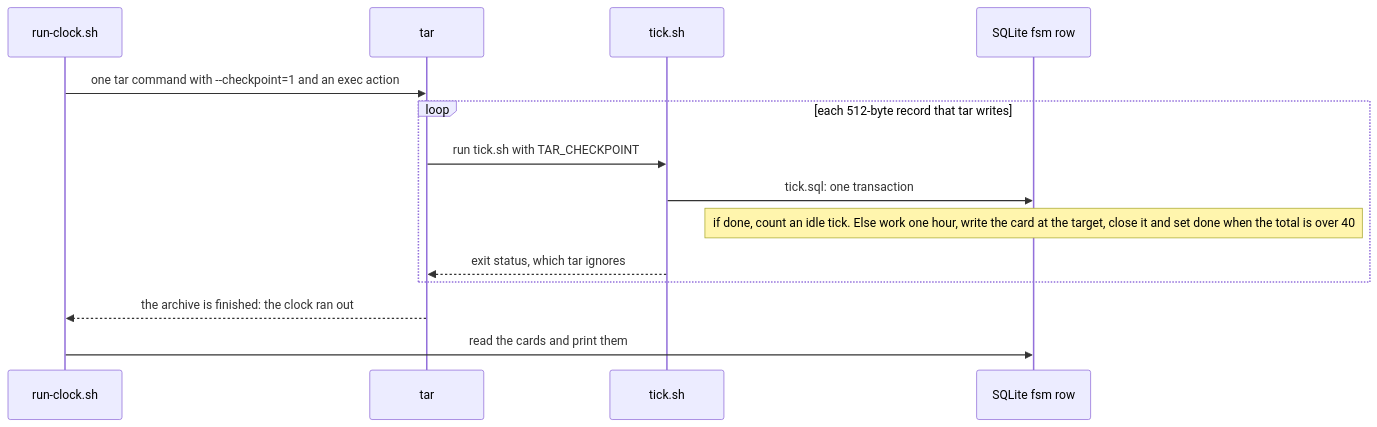
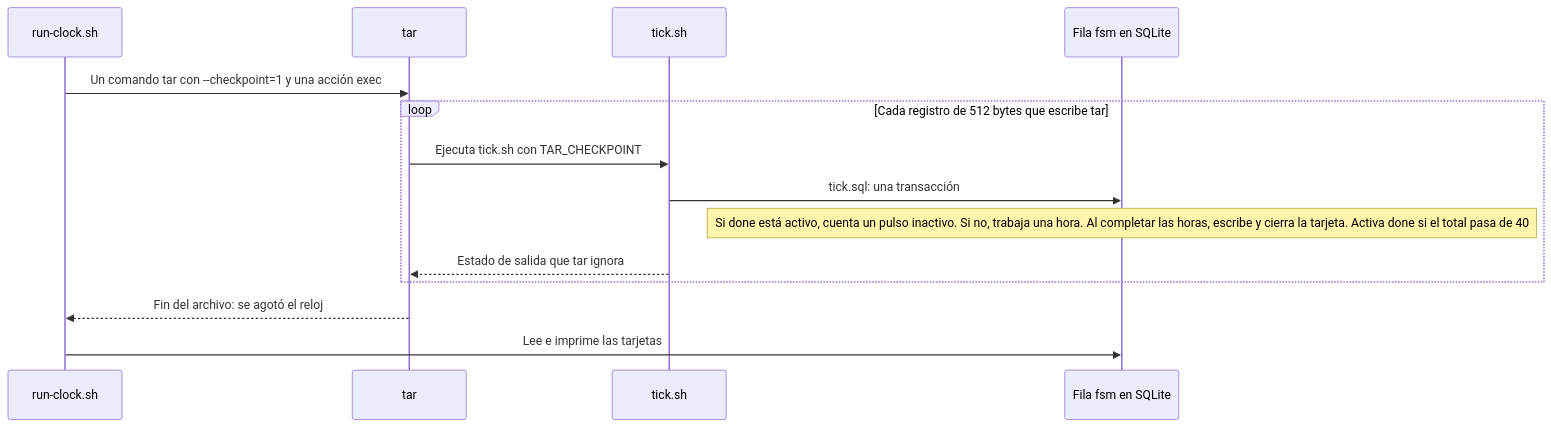
Before and after one commit to dullroar/aprende-a-programar-como-un-bicho-raro: the diagram in src/tar-gnu-weird/README.md, drawn with Mermaid. The commit also changed other lines of this file and 16 other files, not shown here.

Commit message:
loop(P4-src-14): translate both GNU tar READMEs

````diff
--- a/src/tar-gnu-weird/README.md
+++ b/src/tar-gnu-weird/README.md
@@ -64,18 +64,18 @@
 ```mermaid
 sequenceDiagram
-    accTitle: tar-gnu-weird: tar's checkpoints are the clock of a state machine
-    accDescr: A sequence diagram. The launcher runs one tar command that writes an archive with a checkpoint every 512-byte record. For each record that tar writes, tar runs tick.sh with the record count. The script runs one SQL transaction on a single row of state. If the run is done, the tick only counts as idle. Otherwise it works one hour, writes the card when the hours reach the target, and closes the card, which sets done when the total is over 40. The exit status is ignored, and tar goes on writing. When the archive is finished, the launcher reads the cards and prints them.
+    accTitle: tar-gnu-weird: los puntos de control de tar son el reloj de una máquina de estados
+    accDescr: Diagrama de secuencia. El lanzador ejecuta un comando tar que escribe un archivo con un punto de control por cada registro de 512 bytes. Por cada registro que escribe, tar ejecuta tick.sh con el número de registros. El script ejecuta una transacción SQL sobre una sola fila de estado. Si la ejecución terminó, el pulso solo se cuenta como inactivo. Si no, trabaja una hora, escribe la tarjeta al completar sus horas y la cierra. Al cerrarla, activa done si el total pasa de 40. tar ignora el estado de salida y sigue escribiendo. Al terminar el archivo, el lanzador lee las tarjetas y las imprime.
     participant R as run-clock.sh
     participant T as tar
     participant K as tick.sh
-    participant Q as SQLite fsm row
-    R->>T: one tar command with --checkpoint=1 and an exec action
-    loop each 512-byte record that tar writes
-        T->>K: run tick.sh with TAR_CHECKPOINT
-        K->>Q: tick.sql: one transaction
-        Note over Q: if done, count an idle tick. Else work one hour, write the card at the target, close it and set done when the total is over 40
-        K-->>T: exit status, which tar ignores
+    participant Q as Fila fsm en SQLite
+    R->>T: Un comando tar con --checkpoint=1 y una acción exec
+    loop Cada registro de 512 bytes que escribe tar
+        T->>K: Ejecuta tick.sh con TAR_CHECKPOINT
+        K->>Q: tick.sql: una transacción
+        Note over Q: Si done está activo, cuenta un pulso inactivo. Si no, trabaja una hora. Al completar las horas, escribe y cierra la tarjeta. Activa done si el total pasa de 40
+        K-->>T: Estado de salida que tar ignora
     end
-    T-->>R: the archive is finished: the clock ran out
-    R->>Q: read the cards and print them
+    T-->>R: Fin del archivo: se agotó el reloj
+    R->>Q: Lee e imprime las tarjetas
 ```
````
